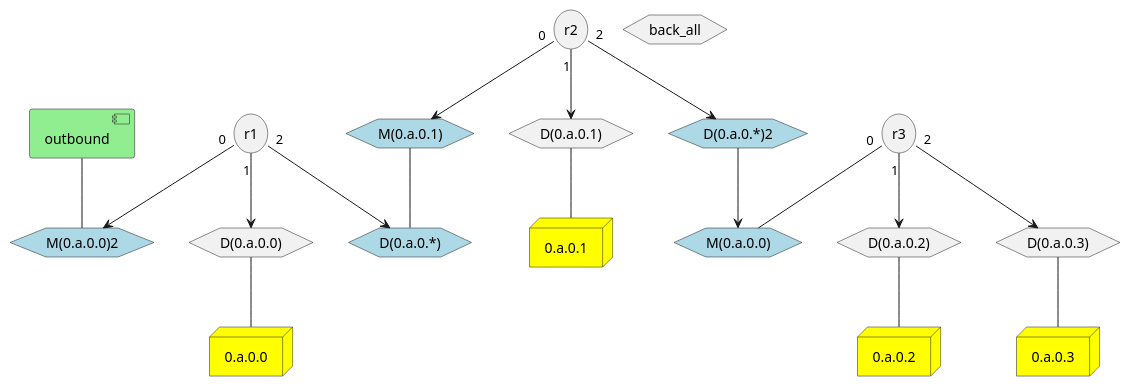
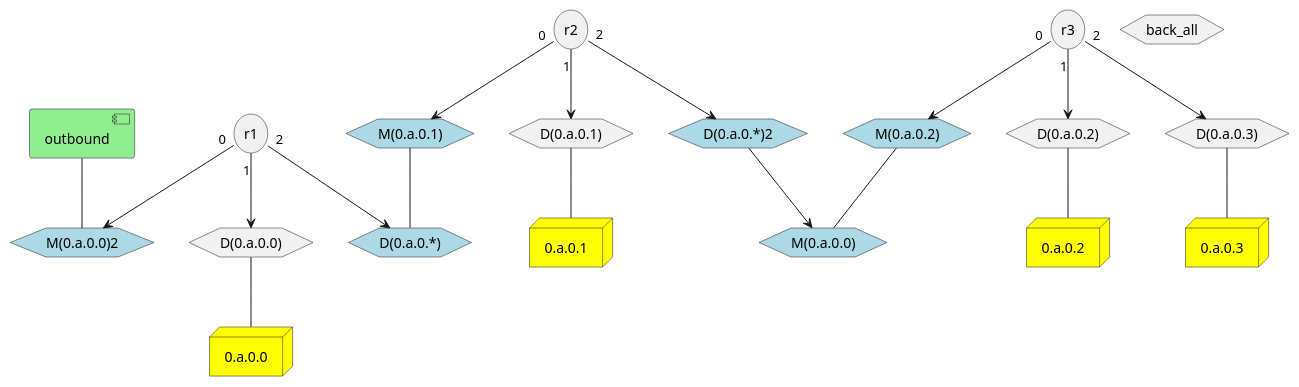
Before and after one commit to ogawa-atali/network: the diagram in subnet-0a0x.pu, drawn with PlantUML.

```diff
--- a/subnet-0a0x.pu
+++ b/subnet-0a0x.pu
@@ -1,54 +1,57 @@
 @startuml subnet-0axx
 
 component outbound #LightGreen
 
 node "0.a.0.0" as 0a00 #Yellow
 node "0.a.0.1" as 0a01 #Yellow
 node "0.a.0.2" as 0a02 #Yellow
 node "0.a.0.3" as 0a03 #Yellow
 
 storage r1
 storage r2
 storage r3
 
 hexagon "D(0.a.0.0)" as D_0a00
 hexagon "D(0.a.0.1)" as D_0a01
 hexagon "D(0.a.0.2)" as D_0a02
 hexagon "D(0.a.0.3)" as D_0a03
 hexagon "back_all" as back_all
 
 '0->外パケットがネットワーク内に入るのを防ぐ
 hexagon "D(0.a.0.*)" as D_0a0x  #LightBlue
 '1->外パケットがネットワーク内に入るのを防ぐ
 hexagon "D(0.a.0.*)2" as D_0a0x_2 #LightBlue
 '1->0パケットが無駄な部分を流れるのを防ぐ
 hexagon "M(0.a.0.0)" as M_0a00 #LightBlue
 '2->0パケットが無駄な部分を流れるのを防ぐ
 hexagon "M(0.a.0.0)2" as M_0a00_2 #LightBlue
 '2->1, 3->1パケットが外に出ていくのを防ぐ
 hexagon "M(0.a.0.1)" as M_0a01 #LightBlue
+'3->2パケットが外に出ていくのを防ぐ
+hexagon "M(0.a.0.2)" as M_0a02 #LightBlue
 
 outbound -- M_0a00_2
 
 r1 "0" --> M_0a00_2
 r1 "1" --> D_0a00
 r1 "2" --> D_0a0x
 
 M_0a01 -- D_0a0x
 
 r2 "0" --> M_0a01
 r2 "1" --> D_0a01
 r2 "2" --> D_0a0x_2
 
 D_0a0x_2 --> M_0a00
+M_0a02 -- M_0a00
 
-r3 "0" -- M_0a00
+r3 "0" --> M_0a02
 r3 "1" --> D_0a02
 r3 "2" --> D_0a03
 
 D_0a00 -- 0a00
 D_0a01 -- 0a01
 D_0a02 -- 0a02
 D_0a03 -- 0a03
 
 @enduml
```
